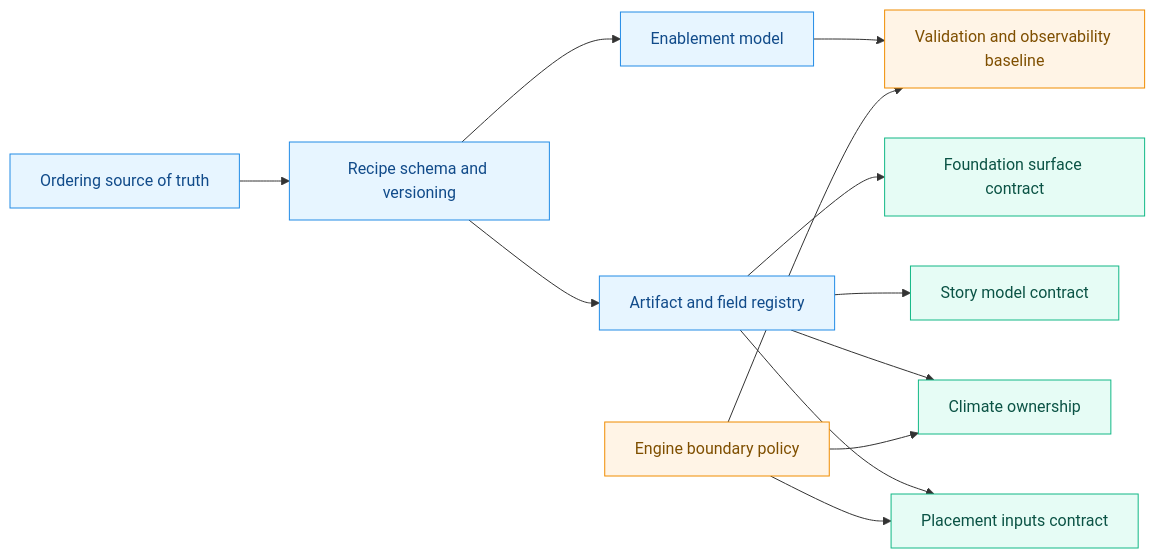
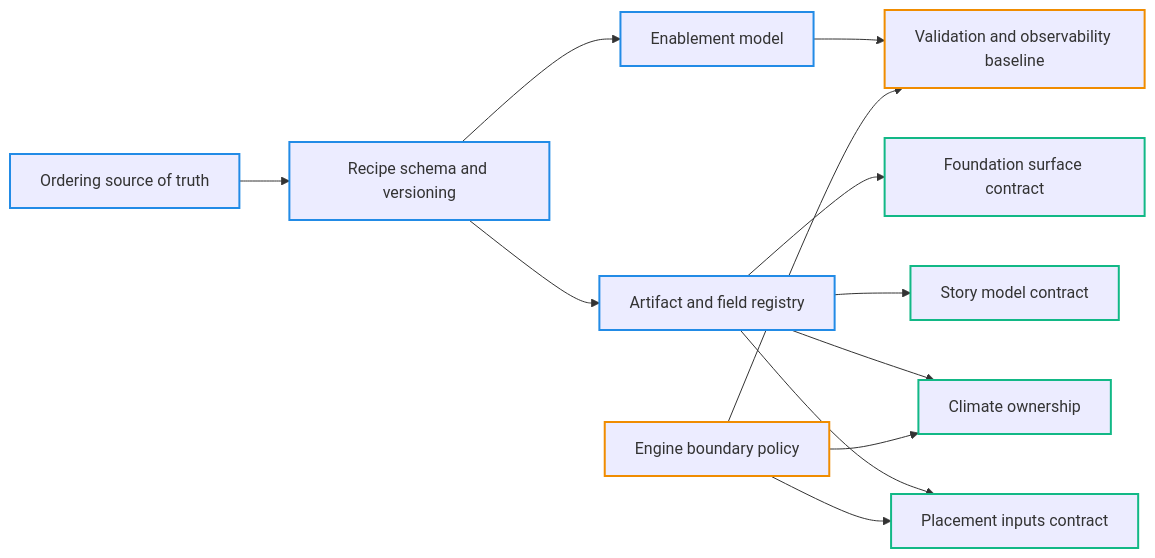
Before and after one commit to mateicanavra/civ7-modding-tools-fork: the diagram in docs/projects/engine-refactor-v1/resources/SPIKE-target-architecture-draft.md, drawn with Mermaid. The commit also changed other lines of this file and 234 other files, not shown here.

````diff
--- a/docs/projects/engine-refactor-v1/resources/SPIKE-target-architecture-draft.md
+++ b/docs/projects/engine-refactor-v1/resources/SPIKE-target-architecture-draft.md
@@ -65,31 +70,51 @@
 ```mermaid
 flowchart LR
-  classDef spine fill:#e7f5ff,stroke:#228be6,color:#114b8a
-  classDef boundary fill:#fff4e6,stroke:#f08c00,color:#7f4f00
-  classDef domain fill:#e6fcf5,stroke:#12b886,color:#0b5345
+  %% Category (stroke) colors
+  classDef spine stroke:#228be6,stroke-width:2px
+  classDef boundary stroke:#f08c00,stroke-width:2px
+  classDef domain stroke:#12b886,stroke-width:2px
+
+  %% Status (fill) colors
+  classDef accepted fill:#d3f9d8,color:#0b5345
+  classDef proposed fill:#fff3bf,color:#7f4f00
+  classDef open fill:#f1f3f5,color:#343a40
 
   ordering["Ordering source of truth"]:::spine
   recipeSchema["Recipe schema and versioning"]:::spine
   enablement["Enablement model"]:::spine
   registry["Artifact and field registry"]:::spine
 
   engineBoundary["Engine boundary policy"]:::boundary
   observability["Validation and observability baseline"]:::boundary
 
   foundation["Foundation surface contract"]:::domain
   story["Story model contract"]:::domain
   climate["Climate ownership"]:::domain
   placement["Placement inputs contract"]:::domain
 
   ordering --> recipeSchema
   recipeSchema --> enablement
   recipeSchema --> registry
   registry --> foundation
   registry --> story
   registry --> climate
   registry --> placement
   engineBoundary --> climate
   engineBoundary --> placement
   enablement --> observability
   engineBoundary --> observability
+
+  %% Apply current statuses (keep updated as decisions are accepted)
+  class ordering spine,accepted
+  class recipeSchema spine,accepted
+  class enablement spine,accepted
+  class registry spine,accepted
+
+  class engineBoundary boundary,open
+  class observability boundary,open
+
+  class foundation domain,open
+  class story domain,open
+  class climate domain,open
+  class placement domain,open
 ```
````
